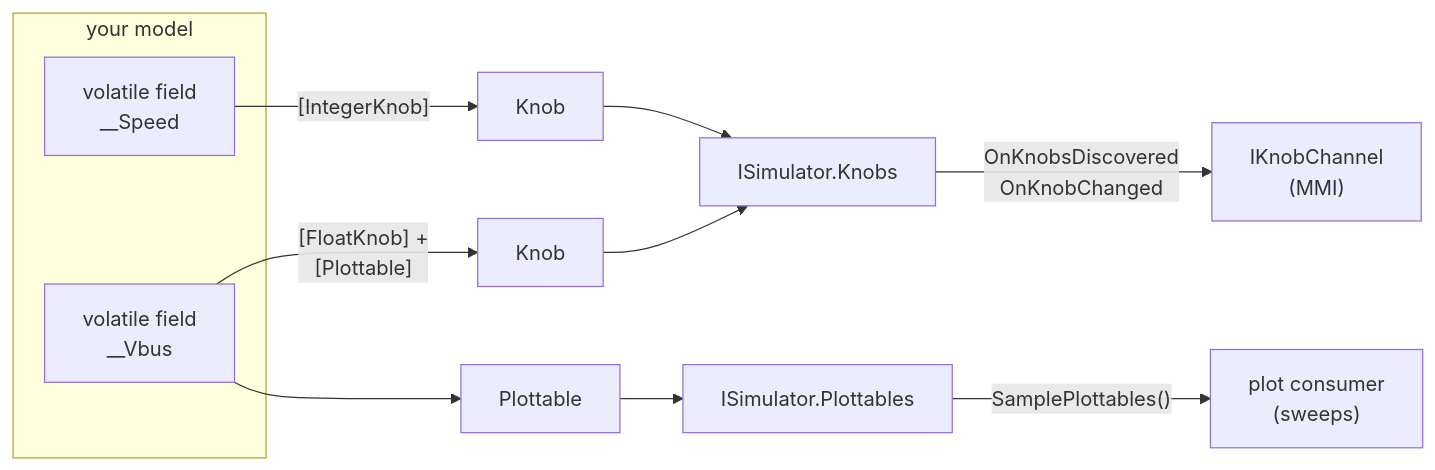
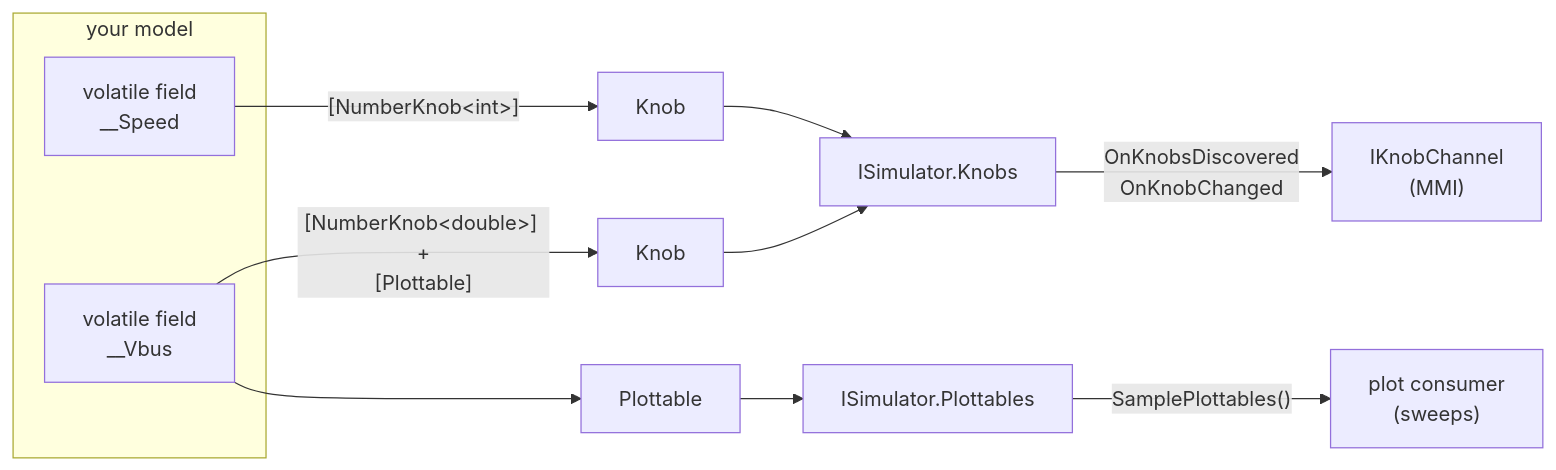
The first of 4 diagrams in public/content/observability.md (SimulaSharp-org/simulasharp-docs), drawn with Mermaid before and after one commit. The commit also changed other lines of this file and 10 other files, not shown here.

First line of the commit message:
Collapse [IntegerKnob]/[FloatKnob] into one generic [NumberKnob<T>]

````diff
--- a/public/content/observability.md
+++ b/public/content/observability.md
@@ -15,15 +15,15 @@
 ```mermaid
 flowchart LR
   subgraph model["your model"]
     F1["volatile field<br/>__Speed"]
     F2["volatile field<br/>__Vbus"]
   end
-  F1 -->|"[IntegerKnob]"| K1["Knob"]
-  F2 -->|"[FloatKnob] +<br/>[Plottable]"| K2["Knob"]
+  F1 -->|"[NumberKnob&lt;int&gt;]"| K1["Knob"]
+  F2 -->|"[NumberKnob&lt;double&gt;] +<br/>[Plottable]"| K2["Knob"]
   F2 --> P1["Plottable"]
   K1 --> KL["ISimulator.Knobs"]
   K2 --> KL
   P1 --> PL["ISimulator.Plottables"]
   KL -->|"OnKnobsDiscovered<br/>OnKnobChanged"| CH["IKnobChannel<br/>(MMI)"]
   PL -->|"SamplePlottables()"| SW["plot consumer<br/>(sweeps)"]
 ```
````
